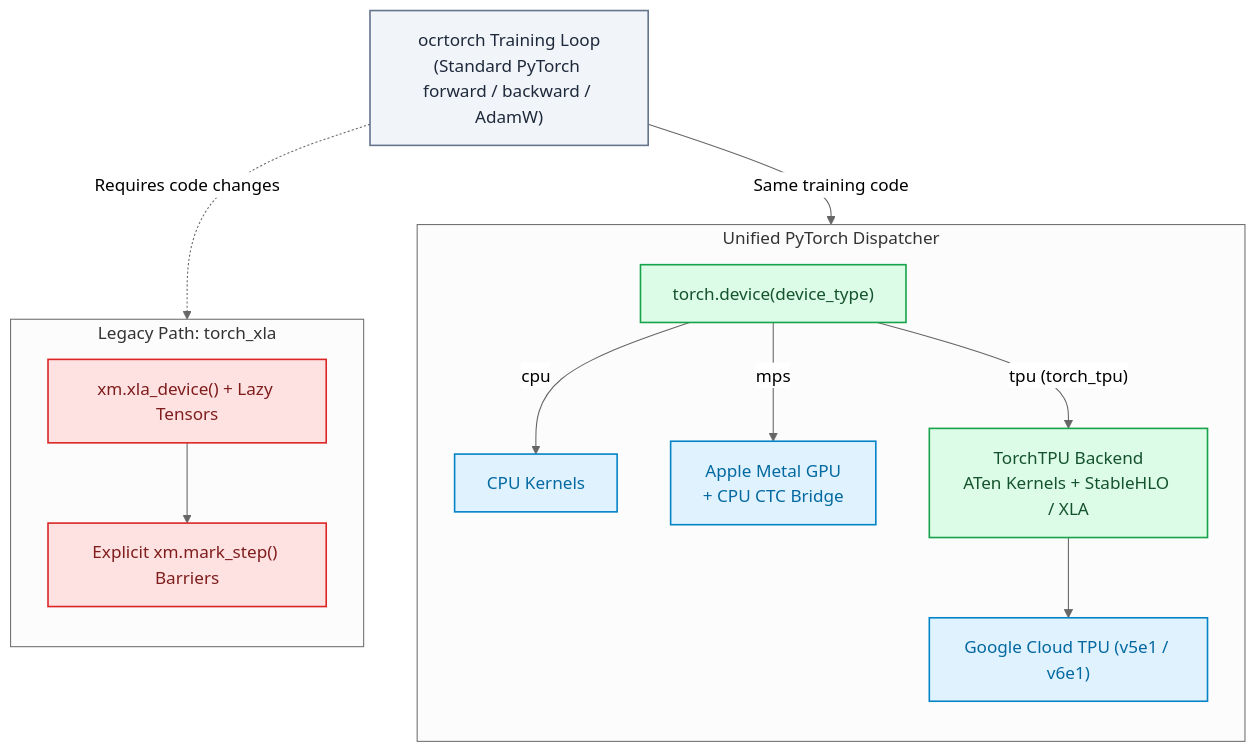
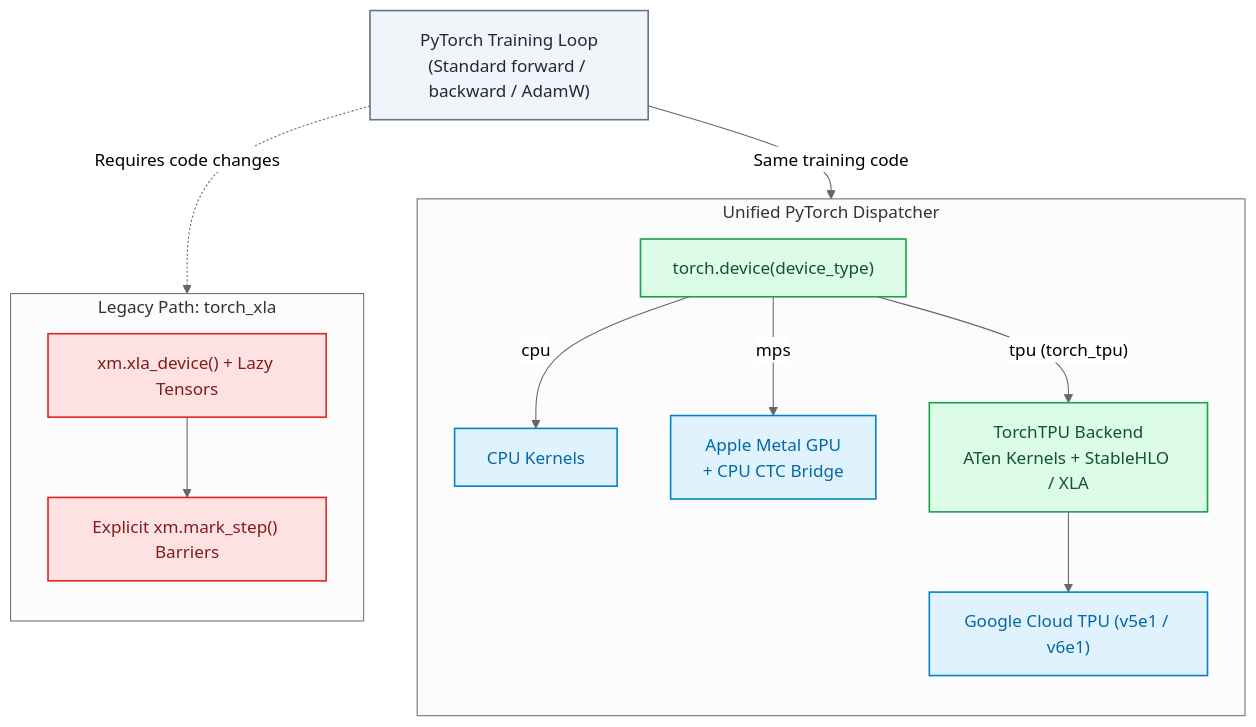
One commit to ghif/ocrtorch changed the first of 2 diagrams in docs/2026-11-21_ppocrv6_cpu_mps_tpu_finetuning.md. Above: the diagram before and after it, drawn with Mermaid (neutral theme). The commit also changed other lines of this file and 6 other files, not shown here.

````diff
--- a/docs/2026-11-21_ppocrv6_cpu_mps_tpu_finetuning.md
+++ b/docs/2026-11-21_ppocrv6_cpu_mps_tpu_finetuning.md
@@ -177,26 +44,26 @@
 ```mermaid
 flowchart TB
     classDef app fill:#f1f5f9,stroke:#64748b,stroke-width:1.5px,color:#1e293b;
     classDef legacy fill:#fee2e2,stroke:#dc2626,stroke-width:1.5px,color:#7f1d1d;
     classDef native fill:#dcfce7,stroke:#16a34a,stroke-width:1.5px,color:#14532d;
     classDef hw fill:#e0f2fe,stroke:#0284c7,stroke-width:1.5px,color:#0369a1;
 
-    TR["ocrtorch Training Loop<br/>(Standard PyTorch forward / backward / AdamW)"]:::app
+    TR["PyTorch Training Loop<br/>(Standard forward / backward / AdamW)"]:::app
 
     subgraph LEGACY["Legacy Path: torch_xla"]
         direction TB
         L1["xm.xla_device() + Lazy Tensors"]:::legacy --> L2["Explicit xm.mark_step() Barriers"]:::legacy
     end
 
     subgraph NATIVE["Unified PyTorch Dispatcher"]
         direction TB
         D["torch.device(device_type)"]:::native
         D -->|"cpu"| C1["CPU Kernels"]:::hw
         D -->|"mps"| M1["Apple Metal GPU<br/>+ CPU CTC Bridge"]:::hw
         D -->|"tpu (torch_tpu)"| T1["TorchTPU Backend<br/>ATen Kernels + StableHLO / XLA"]:::native
         T1 --> T2["Google Cloud TPU (v5e1 / v6e1)"]:::hw
     end
 
     TR -. "Requires code changes" .-> LEGACY
     TR -->|"Same training code"| NATIVE
 ```
````
